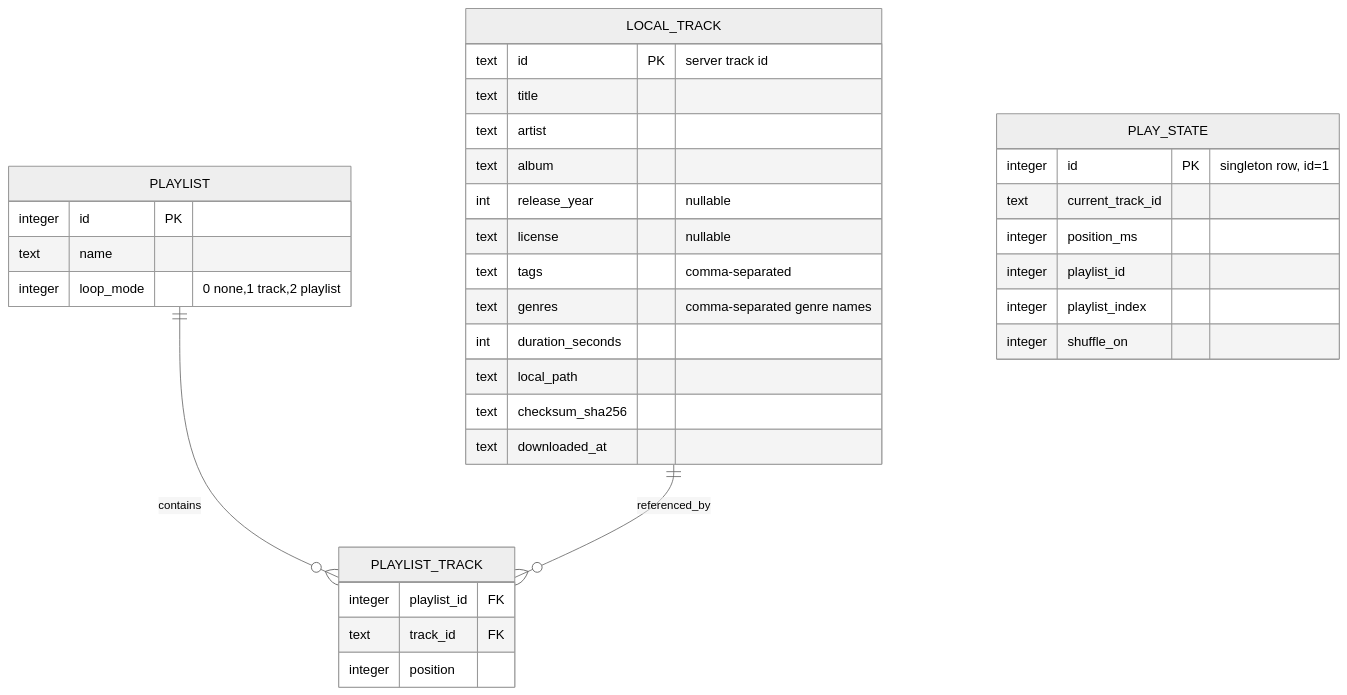
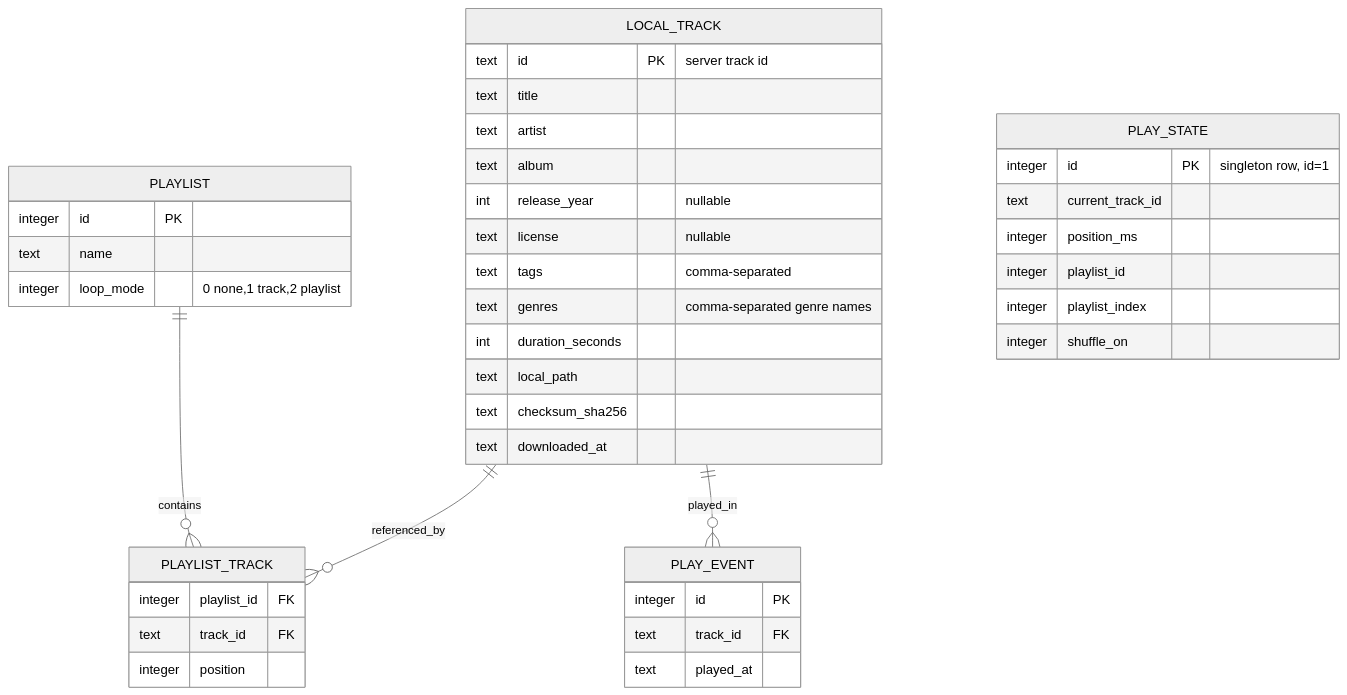
The diagram in docs/diagrams/erd-client.md (Ya5irk/eureka-music-app), drawn with Mermaid (neutral theme) before and after one commit. The commit also changed 2 other files, not shown here.

Commit message:
docs: mark bonus features implemented in DESIGN.md, sync ERDs

````diff
--- a/docs/diagrams/erd-client.md
+++ b/docs/diagrams/erd-client.md
@@ -3,37 +3,43 @@
 ```mermaid
 erDiagram
     LOCAL_TRACK {
         text id PK "server track id"
         text title
         text artist
         text album
         int  release_year "nullable"
         text license "nullable"
         text tags "comma-separated"
         text genres "comma-separated genre names"
         int  duration_seconds
         text local_path
         text checksum_sha256
         text downloaded_at
     }
     PLAYLIST {
         integer id PK
         text name
         integer loop_mode "0 none,1 track,2 playlist"
     }
     PLAYLIST_TRACK {
         integer playlist_id FK
         text track_id FK
         integer position
     }
     PLAY_STATE {
         integer id PK "singleton row, id=1"
         text current_track_id
         integer position_ms
         integer playlist_id
         integer playlist_index
         integer shuffle_on
     }
+    PLAY_EVENT {
+        integer id PK
+        text track_id FK
+        text played_at
+    }
     PLAYLIST ||--o{ PLAYLIST_TRACK : contains
     LOCAL_TRACK ||--o{ PLAYLIST_TRACK : referenced_by
+    LOCAL_TRACK ||--o{ PLAY_EVENT : played_in
 ```
````
